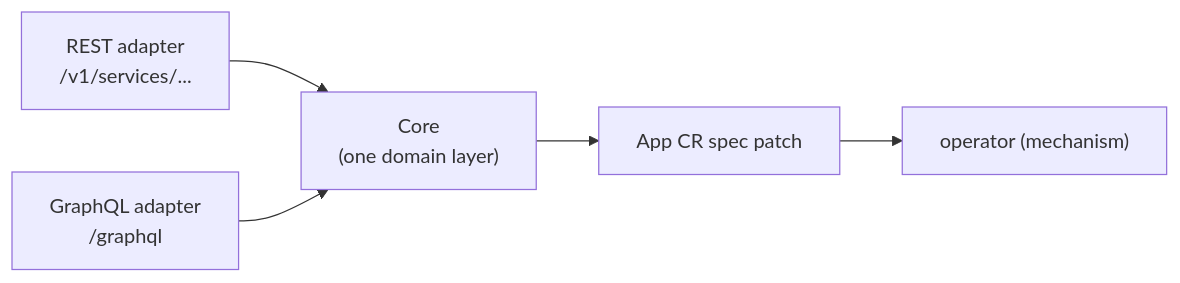
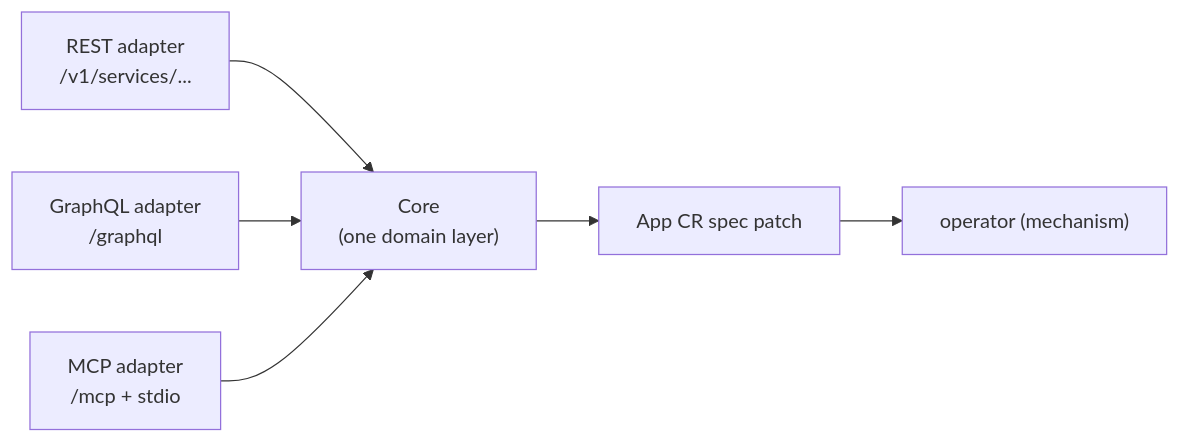
The diagram in docs/bex-api.md (cuckoo-network/cuckoo), drawn with Mermaid before and after one commit. The commit also changed other lines of this file and 14 other files, not shown here.

First line of the commit message:
feat(bex-api): MCP adapter over Core (Render-consistent) + logs verb

````diff
--- a/docs/bex-api.md
+++ b/docs/bex-api.md
@@ -9,7 +9,8 @@
 ```mermaid
 flowchart LR
   rest["REST adapter<br/>/v1/services/..."] --> core
   gql["GraphQL adapter<br/>/graphql"] --> core
+  mcp["MCP adapter<br/>/mcp + stdio"] --> core
   core["Core<br/>(one domain layer)"] --> cr["App CR spec patch"]
   cr --> op["operator (mechanism)"]
 ```
````
